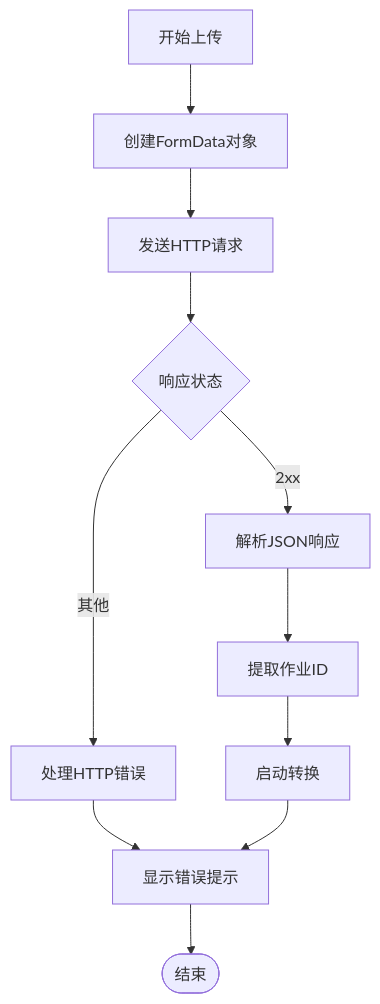
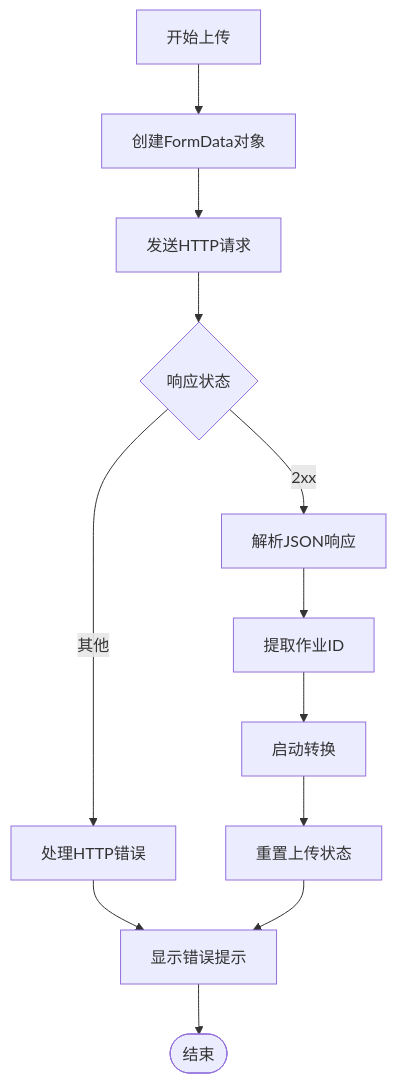
One commit to tjujingzong/Novel-to-Screenplay changed the fourth of 13 diagrams in .qoder/repowiki/zh/content/前端界面/JavaScript交互逻辑.md. Above: the diagram before and after it, drawn with Mermaid. The commit also changed other lines of this file and 6 other files, not shown here.

````diff
--- a/.qoder/repowiki/zh/content/前端界面/JavaScript交互逻辑.md
+++ b/.qoder/repowiki/zh/content/前端界面/JavaScript交互逻辑.md
@@ -191,13 +230,14 @@
 ```mermaid
 flowchart TD
 UploadStart["开始上传"] --> FormData["创建FormData对象"]
 FormData --> SendRequest["发送HTTP请求"]
 SendRequest --> Response{"响应状态"}
 Response --> |2xx| ParseJSON["解析JSON响应"]
 Response --> |其他| HandleError["处理HTTP错误"]
 ParseJSON --> ExtractJob["提取作业ID"]
 ExtractJob --> StartConversion["启动转换"]
 HandleError --> ShowAlert["显示错误提示"]
-StartConversion --> ShowAlert
+StartConversion --> ResetState["重置上传状态"]
+ResetState --> ShowAlert
 ShowAlert --> End([结束])
 ```
````
